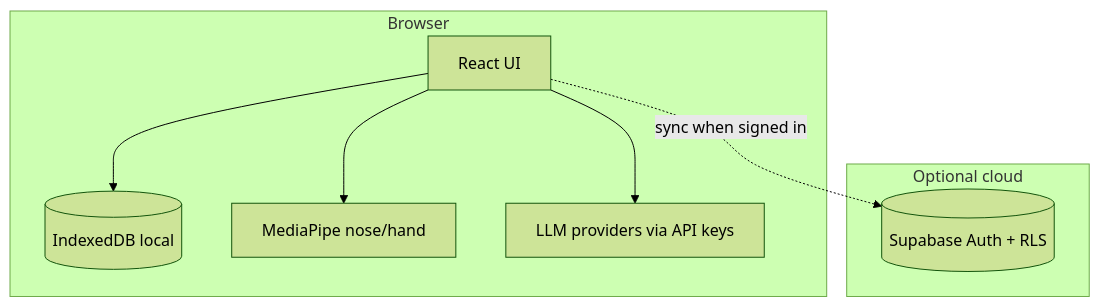
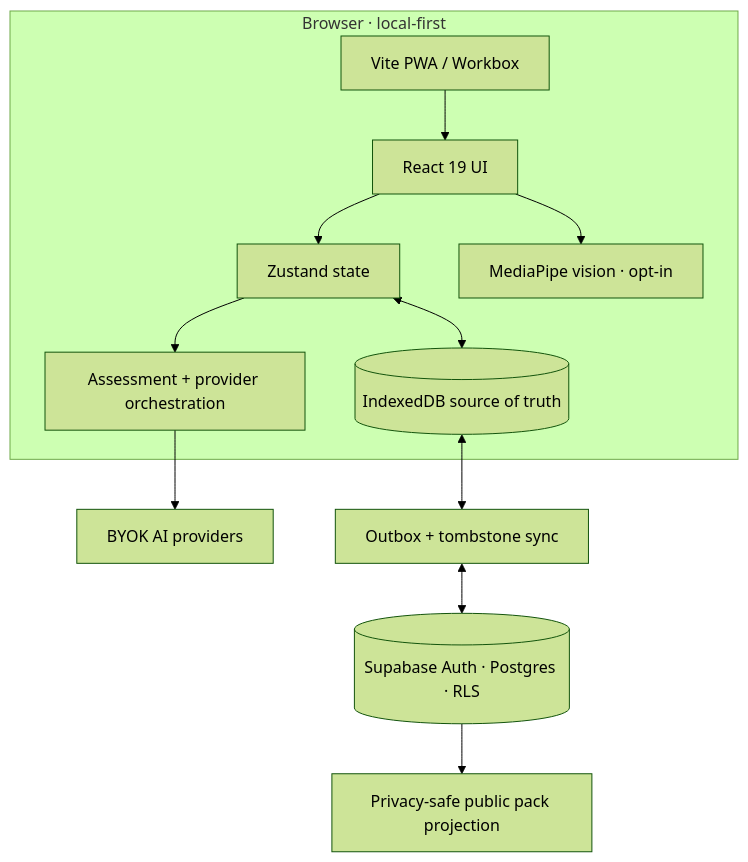
One commit to SeraKah-1/noodl changed the fourth of 5 diagrams in README.md. Above: the diagram before and after it, drawn with Mermaid (forest theme). The commit also changed other lines of this file and 67 other files, not shown here.

````diff
--- a/README.md
+++ b/README.md
@@ -93,16 +181,21 @@
 ```mermaid
 flowchart TB
-  subgraph client [Browser]
-    UI[React UI]
-    IDB[(IndexedDB local)]
-    MP[MediaPipe nose/hand]
-    UI --> IDB
-    UI --> MP
-    UI --> LLM
-  end
-  subgraph optional [Optional cloud]
-    SB[(Supabase Auth + RLS)]
-  end
-  LLM[LLM providers via API keys]
-  UI -. sync when signed in .-> SB
+    subgraph Browser["Browser · local-first"]
+        UI["React 19 UI"]
+        STORE["Zustand state"]
+        ORCH["Assessment + provider orchestration"]
+        IDB[("IndexedDB source of truth")]
+        VISION["MediaPipe vision · opt-in"]
+        PWA["Vite PWA / Workbox"]
+        UI --> STORE
+        STORE --> ORCH
+        STORE <--> IDB
+        UI --> VISION
+        PWA --> UI
+    end
+
+    ORCH --> PROVIDERS["BYOK AI providers"]
+    IDB <--> SYNC["Outbox + tombstone sync"]
+    SYNC <--> SUPA[("Supabase Auth · Postgres · RLS")]
+    SUPA --> PUBLIC["Privacy-safe public pack projection"]
 ```
````
